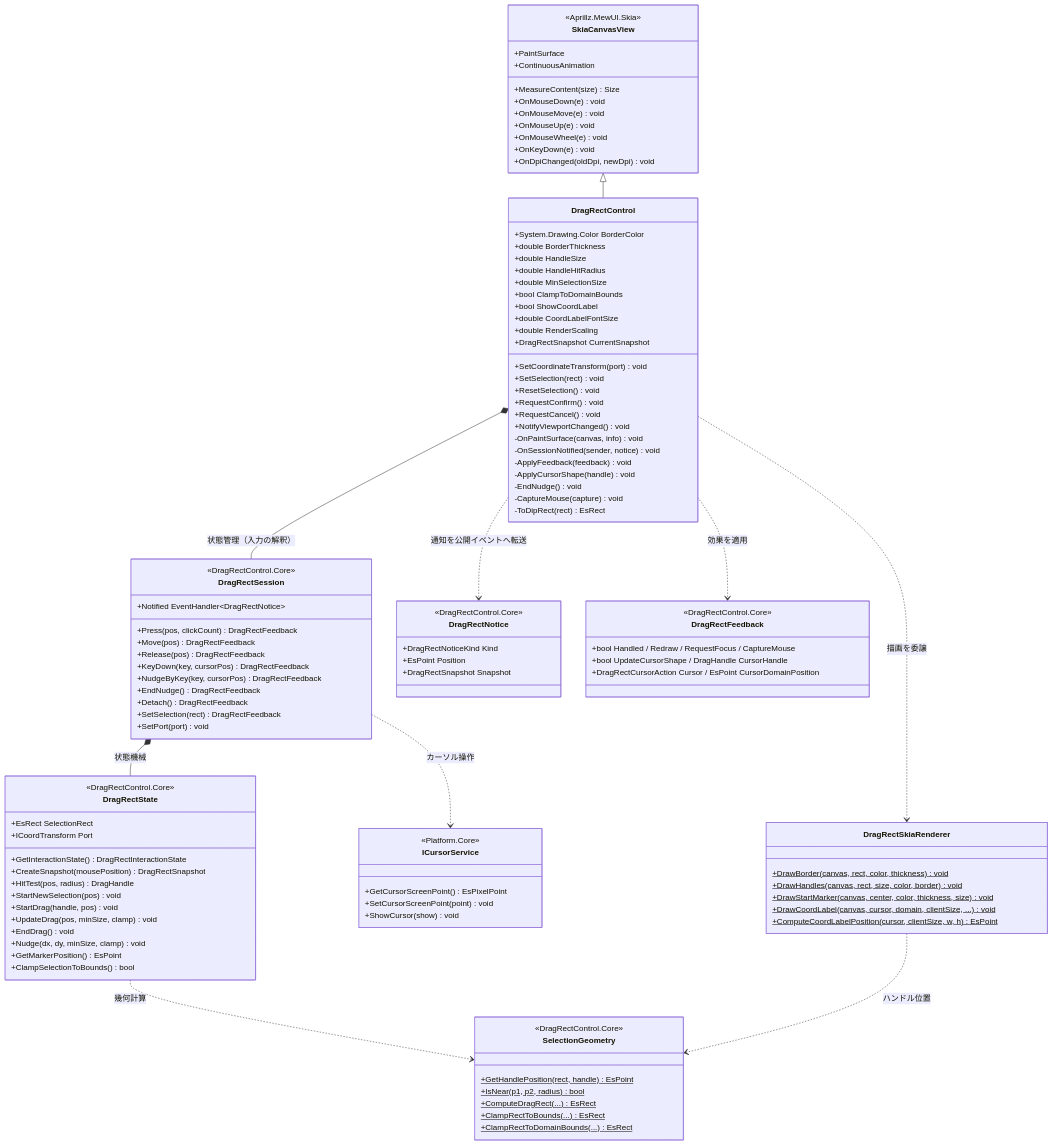
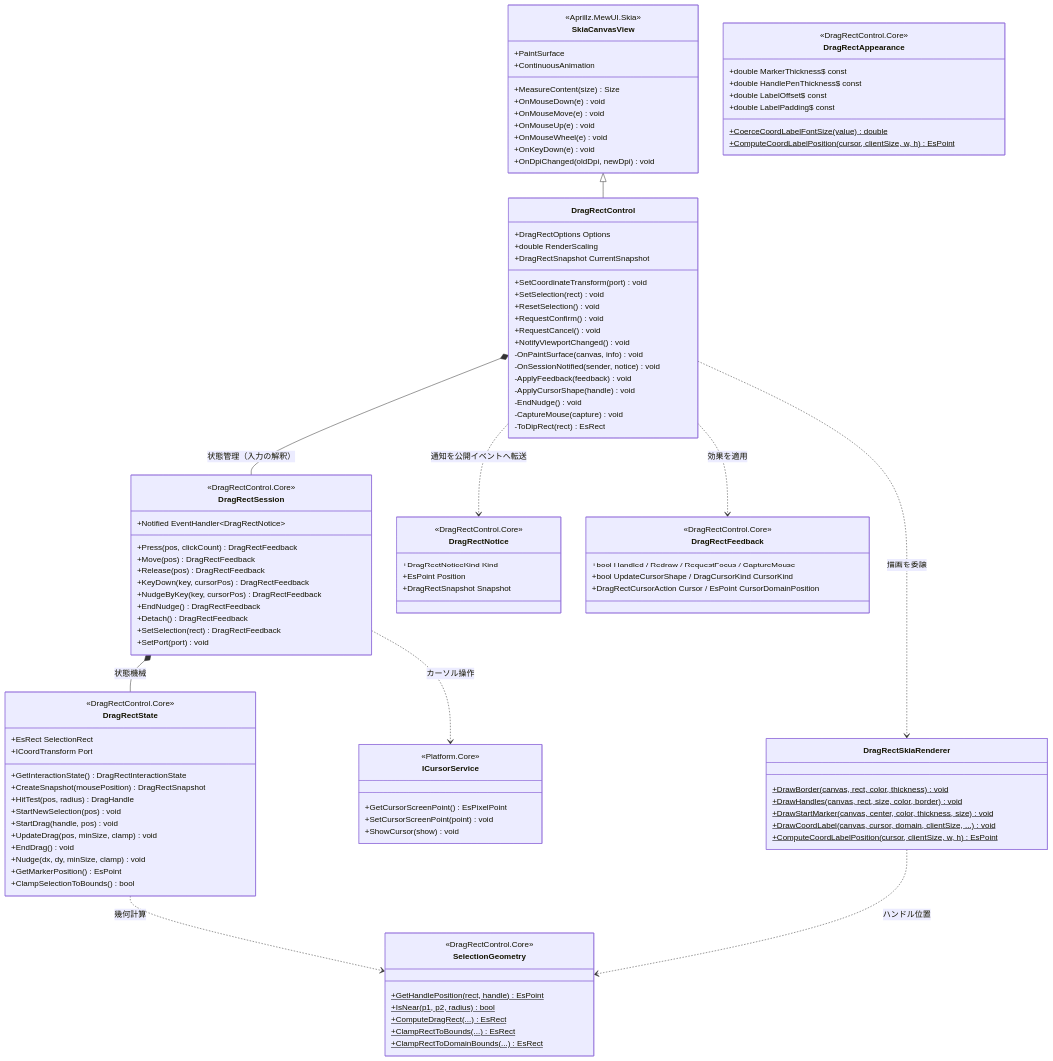
Before and after one commit to tomokuni/SaveEvidence: the first of 4 diagrams in src/DragRectControl.MewUI/SPEC_System.md, drawn with Mermaid. The commit also changed other lines of this file and 45 other files, not shown here.

```diff
--- a/src/DragRectControl.MewUI/SPEC_System.md
+++ b/src/DragRectControl.MewUI/SPEC_System.md
@@ -109,14 +108,7 @@
         +OnDpiChanged(oldDpi, newDpi) void
     }
     class DragRectControl {
-        +System.Drawing.Color BorderColor
-        +double BorderThickness
-        +double HandleSize
-        +double HandleHitRadius
-        +double MinSelectionSize
-        +bool ClampToDomainBounds
-        +bool ShowCoordLabel
-        +double CoordLabelFontSize
+        +DragRectOptions Options
         +double RenderScaling
         +DragRectSnapshot CurrentSnapshot
         +SetCoordinateTransform(port) void
@@ -155,7 +147,7 @@
     class DragRectFeedback {
         <<DragRectControl.Core>>
         +bool Handled / Redraw / RequestFocus / CaptureMouse
-        +bool UpdateCursorShape / DragHandle CursorHandle
+        +bool UpdateCursorShape / DragCursorKind CursorKind
         +DragRectCursorAction Cursor / EsPoint CursorDomainPosition
     }
     class DragRectSkiaRenderer {
@@ -164,6 +156,15 @@
         +DrawStartMarker(canvas, center, color, thickness, size)$ void
         +DrawCoordLabel(canvas, cursor, domain, clientSize, ...)$ void
         +ComputeCoordLabelPosition(cursor, clientSize, w, h)$ EsPoint
+      }
+      class DragRectAppearance {
+          <<DragRectControl.Core>>
+          +double MarkerThickness$ const
+          +double HandlePenThickness$ const
+          +double LabelOffset$ const
+          +double LabelPadding$ const
+          +CoerceCoordLabelFontSize(value)$ double
+          +ComputeCoordLabelPosition(cursor, clientSize, w, h)$ EsPoint
     }
     class DragRectState {
         <<DragRectControl.Core>>
```
